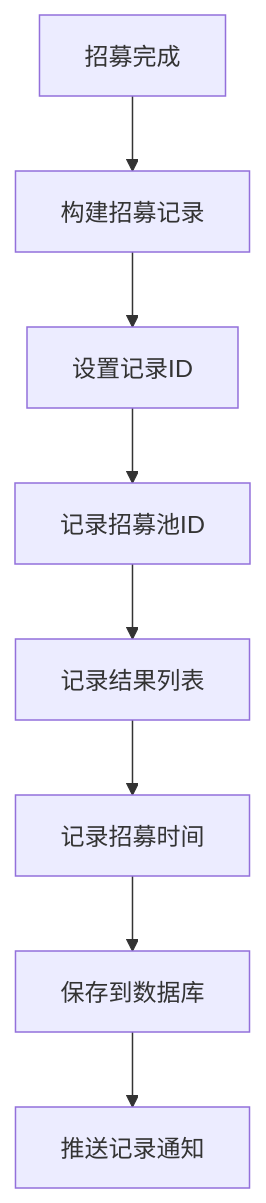
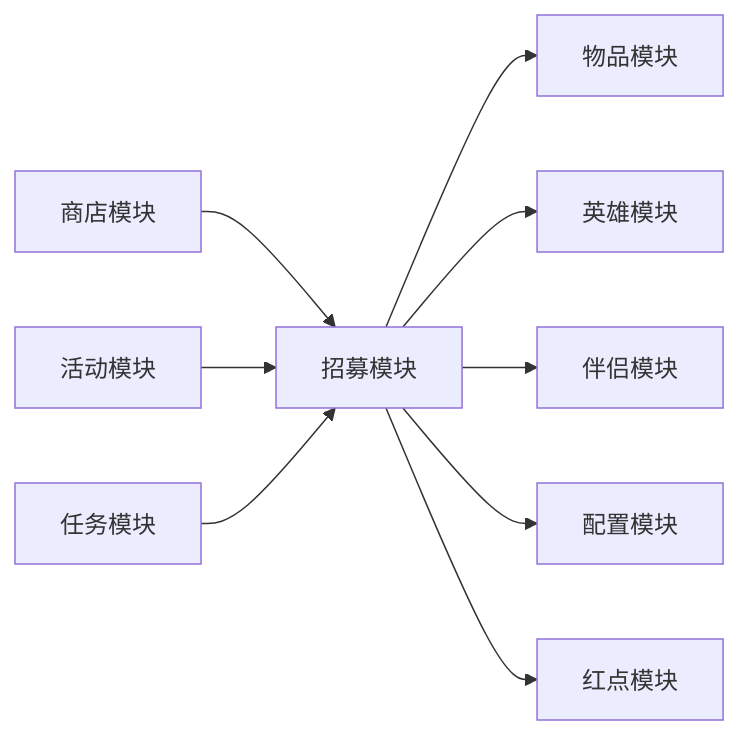
Before and after one commit to Alan-Ben/k2c_game_framework: the fourth of 4 diagrams in docs/Module_Recruit/05_完整说明.md, drawn with Mermaid. The commit also changed other lines of this file and 32 other files, not shown here.

````diff
--- a/docs/Module_Recruit/05_完整说明.md
+++ b/docs/Module_Recruit/05_完整说明.md
@@ -161,10 +289,12 @@
 ```mermaid
-flowchart TD
-    A[招募完成] --> B[构建招募记录]
-    B --> C[设置记录ID]
-    C --> D[记录招募池ID]
-    D --> E[记录结果列表]
-    E --> F[记录招募时间]
-    F --> G[保存到数据库]
-    G --> H[推送记录通知]
+graph LR
+    A[招募模块] --> B[物品模块]
+    A --> C[英雄模块]
+    A --> D[伴侣模块]
+    A --> E[配置模块]
+    A --> F[红点模块]
+
+    G[商店模块] --> A
+    H[活动模块] --> A
+    I[任务模块] --> A
 ```
````
